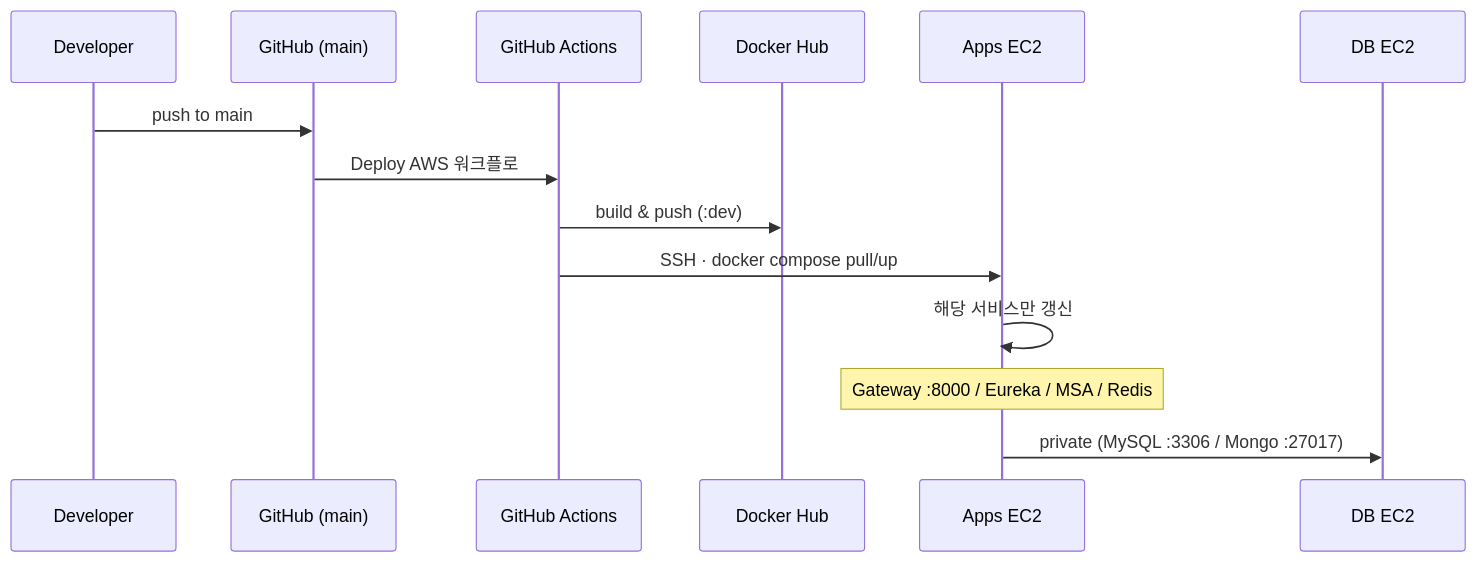
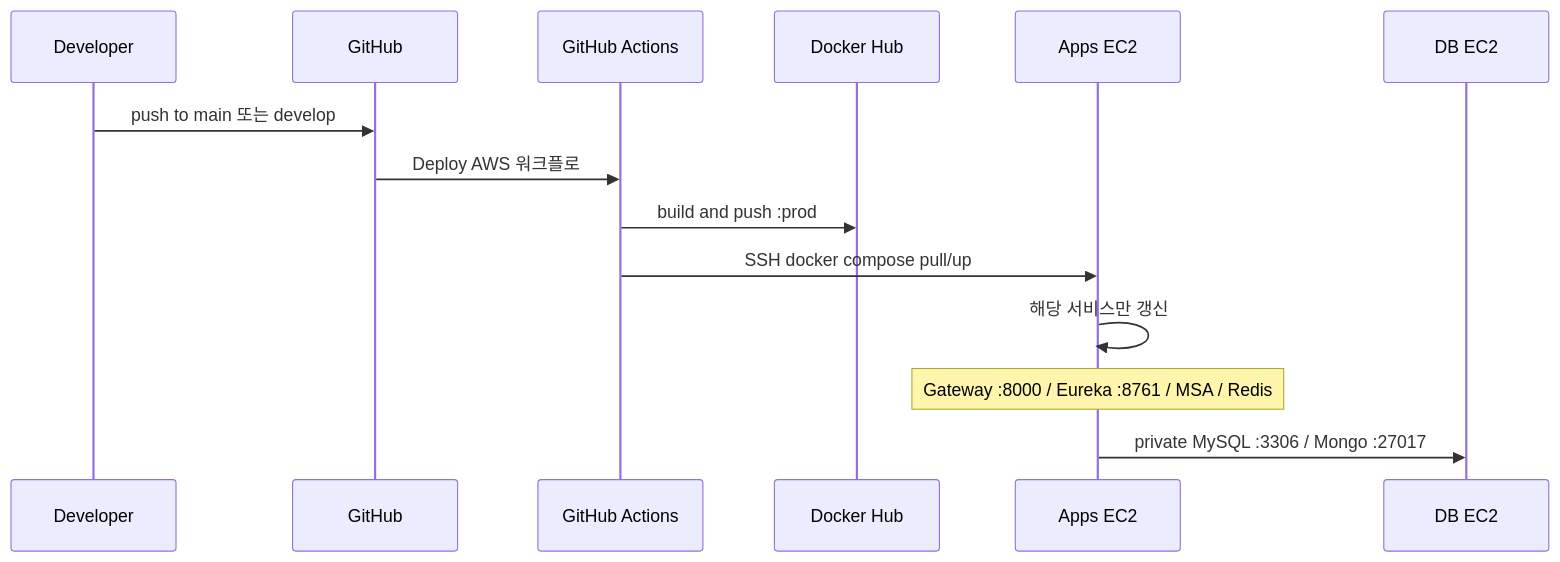
The second of 2 diagrams in docs/cicd-flow.md (SpartaValueHub/ValueHub-AWS-Infra), drawn with Mermaid before and after one commit. The commit also changed other lines of this file, not shown here.

Commit message:
Update cicd-flow docs for develop trigger and prod Hub images.

````diff
--- a/docs/cicd-flow.md
+++ b/docs/cicd-flow.md
@@ -56,17 +59,17 @@
 ```mermaid
 sequenceDiagram
   participant Dev as Developer
-  participant GH as GitHub (main)
+  participant GH as GitHub
   participant GHA as GitHub Actions
   participant Hub as Docker Hub
   participant Apps as Apps EC2
   participant DB as DB EC2
 
-  Dev->>GH: push to main
+  Dev->>GH: push to main 또는 develop
   GH->>GHA: Deploy AWS 워크플로
-  GHA->>Hub: build & push (:dev)
-  GHA->>Apps: SSH · docker compose pull/up
+  GHA->>Hub: build and push :prod
+  GHA->>Apps: SSH docker compose pull/up
   Apps->>Apps: 해당 서비스만 갱신
-  Note over Apps: Gateway :8000 / Eureka / MSA / Redis
-  Apps->>DB: private (MySQL :3306 / Mongo :27017)
+  Note over Apps: Gateway :8000 / Eureka :8761 / MSA / Redis
+  Apps->>DB: private MySQL :3306 / Mongo :27017
 ```
````
